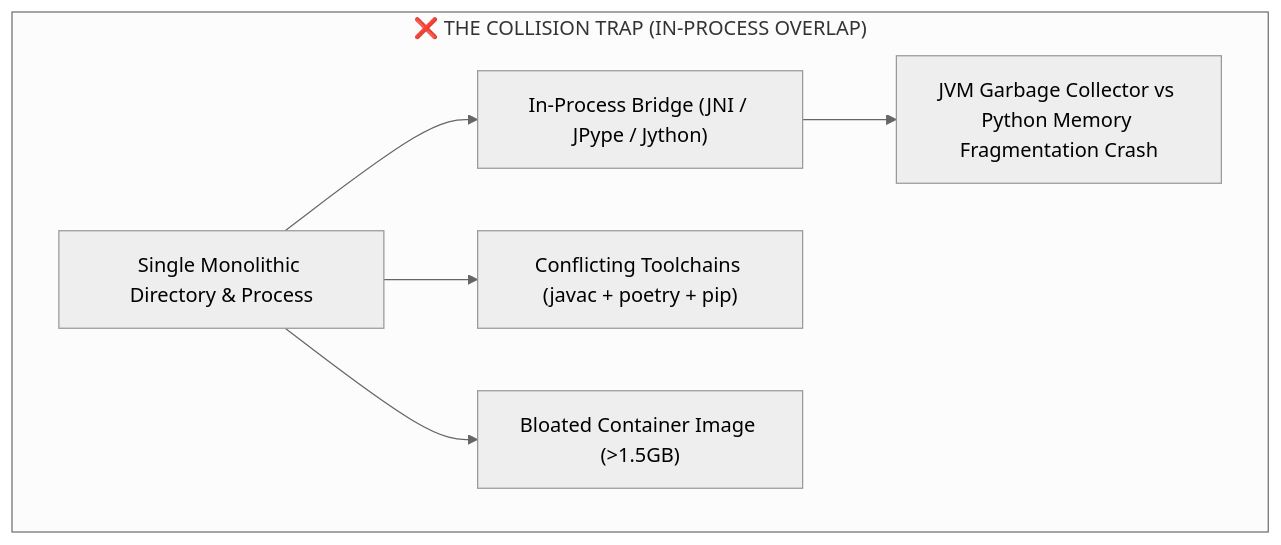
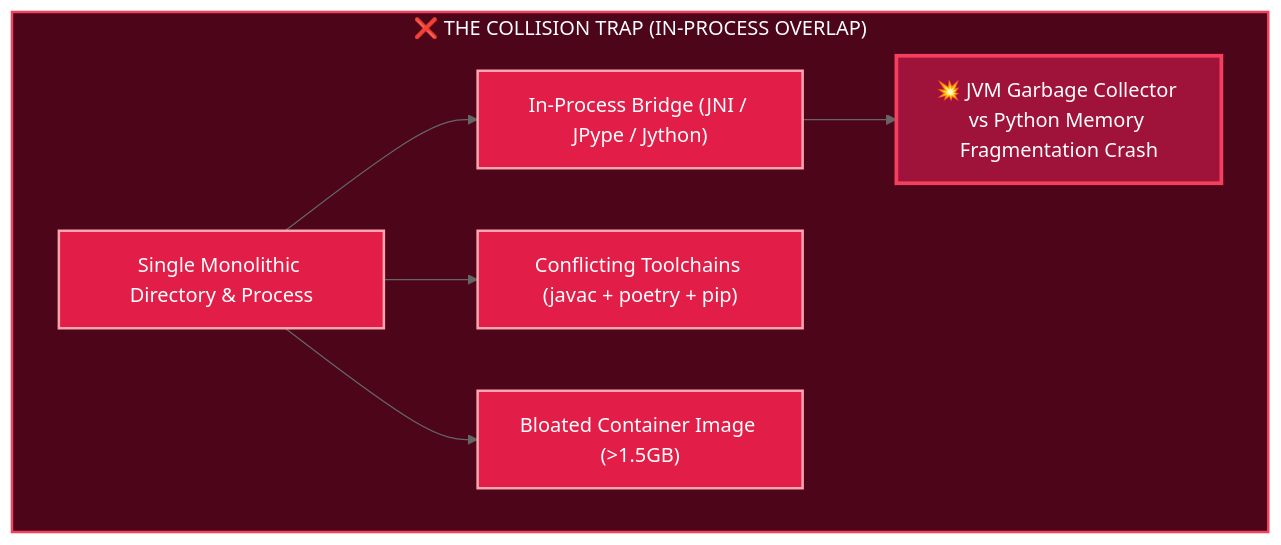
One commit to Sathvik1533/hackathon-strategy-framework changed the first of 2 diagrams in docs/architecture/polyglot-zero-collision-guide.md. Above: the diagram before and after it, drawn with Mermaid (neutral theme). The commit also changed other lines of this file and 6 other files, not shown here.

Commit message:
feat(docs): colorize and make all Mermaid architecture diagrams interactive across repo

````diff
--- a/docs/architecture/polyglot-zero-collision-guide.md
+++ b/docs/architecture/polyglot-zero-collision-guide.md
@@ -32,15 +32,20 @@
 ```mermaid
 flowchart TD
+    classDef danger fill:#e11d48,stroke:#fda4af,stroke-width:2px,color:#ffffff;
+    classDef crash fill:#9f1239,stroke:#f43f5e,stroke-width:3px,color:#ffffff;
+
     subgraph Antipattern["❌ THE COLLISION TRAP (IN-PROCESS OVERLAP)"]
-        Monolith["Single Monolithic Directory & Process"]
-        JNI["In-Process Bridge (JNI / JPype / Jython)"]
-        BuildConflict["Conflicting Toolchains (javac + poetry + pip)"]
-        Bloat["Bloated Container Image (>1.5GB)"]
-        Crash["JVM Garbage Collector vs Python Memory Fragmentation Crash"]
+        Monolith["Single Monolithic Directory & Process"]:::danger
+        JNI["In-Process Bridge (JNI / JPype / Jython)"]:::danger
+        BuildConflict["Conflicting Toolchains (javac + poetry + pip)"]:::danger
+        Bloat["Bloated Container Image (>1.5GB)"]:::danger
+        Crash["💥 JVM Garbage Collector vs Python Memory Fragmentation Crash"]:::crash
         
         Monolith --> JNI
         Monolith --> BuildConflict
         Monolith --> Bloat
         JNI --> Crash
     end
+
+    style Antipattern fill:#4c0519,stroke:#f43f5e,stroke-width:2px,color:#ffffff
 ```
````
